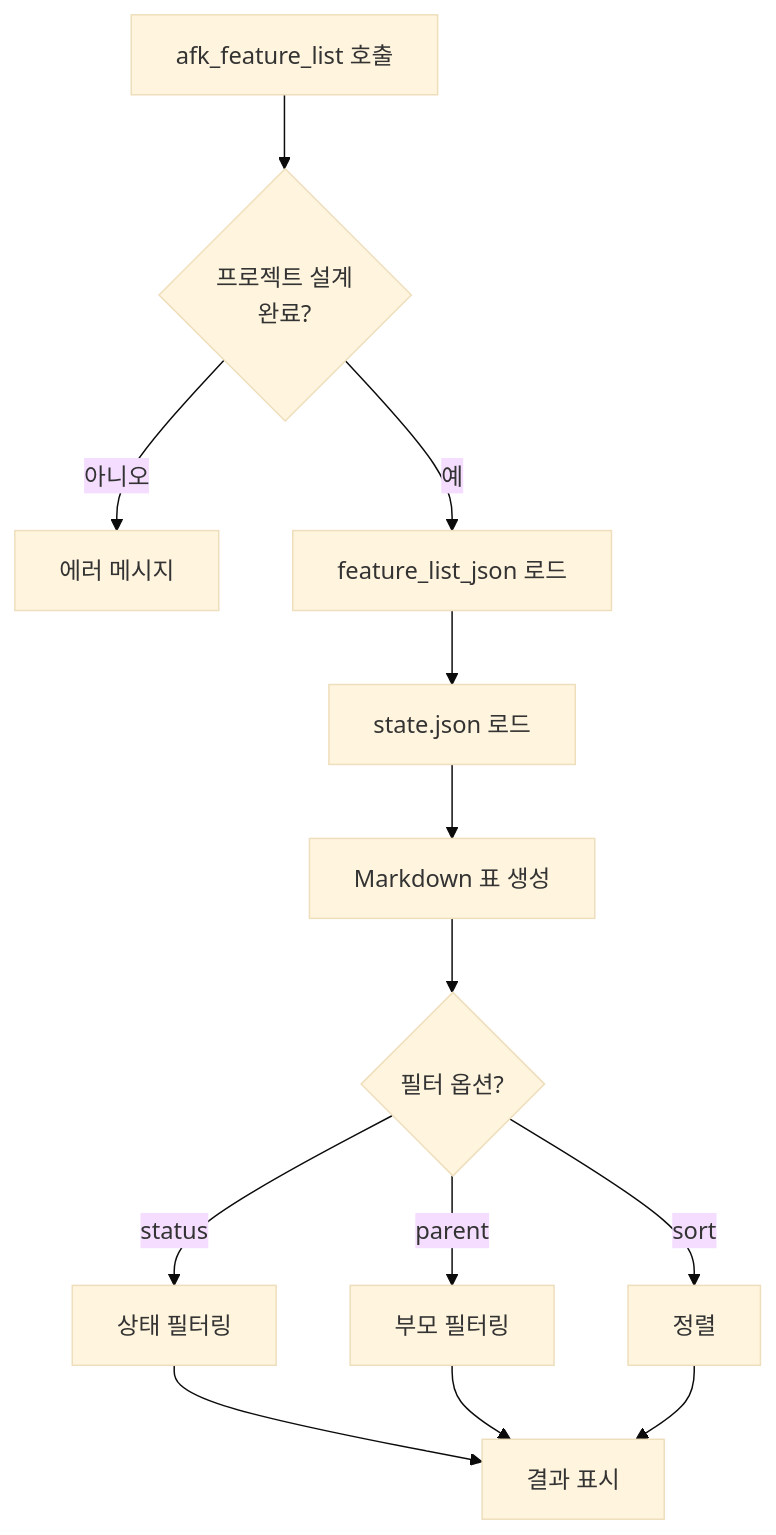
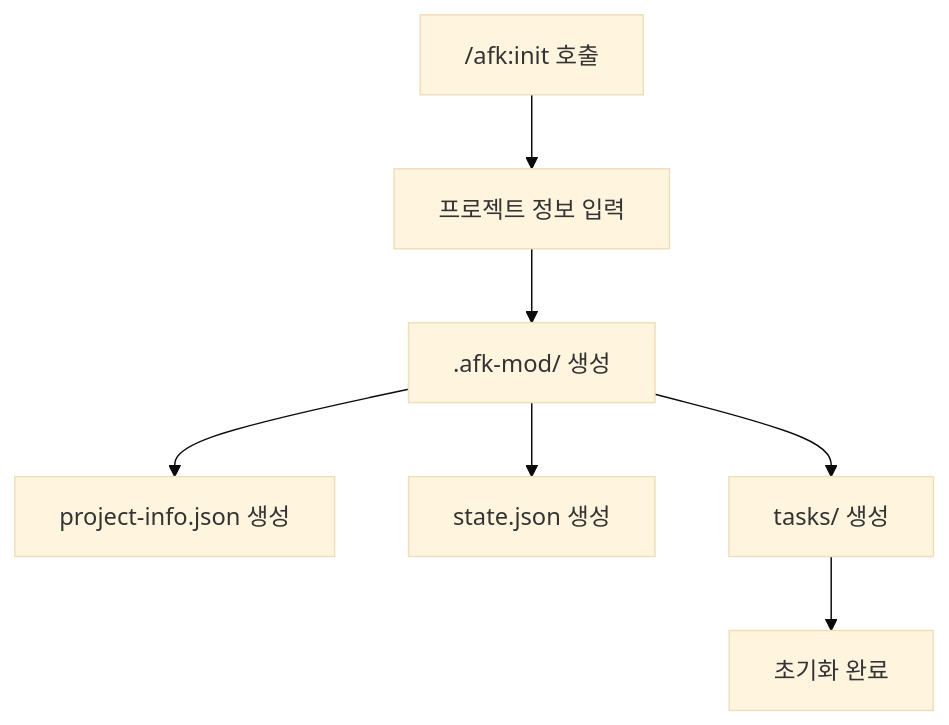
One commit to robinseo/afk-mod changed the second of 8 diagrams in docs/commands.md. Above: the diagram before and after it, drawn with Mermaid (base theme). The commit also changed other lines of this file and 11 other files, not shown here.

````diff
--- a/docs/commands.md
+++ b/docs/commands.md
@@ -80,18 +31,9 @@
 ```mermaid
 flowchart TD
-    A[afk_feature_list 호출] --> B{프로젝트 설계<br/>완료?}
-    B -->|아니오| C[에러 메시지]
-    B -->|예| D[feature_list_json 로드]
-
-    D --> E[state.json 로드]
-    E --> F[Markdown 표 생성]
-
-    F --> G{필터 옵션?}
-    G -->|status| H[상태 필터링]
-    G -->|parent| I[부모 필터링]
-    G -->|sort| J[정렬]
-
-    H --> K[결과 표시]
-    I --> K
-    J --> K
+    A["/afk:init 호출"] --> B[프로젝트 정보 입력]
+    B --> C[".afk-mod/ 생성"]
+    C --> D["project-info.json 생성"]
+    C --> E["state.json 생성"]
+    C --> F["tasks/ 생성"]
+    F --> G[초기화 완료]
 ```
````
